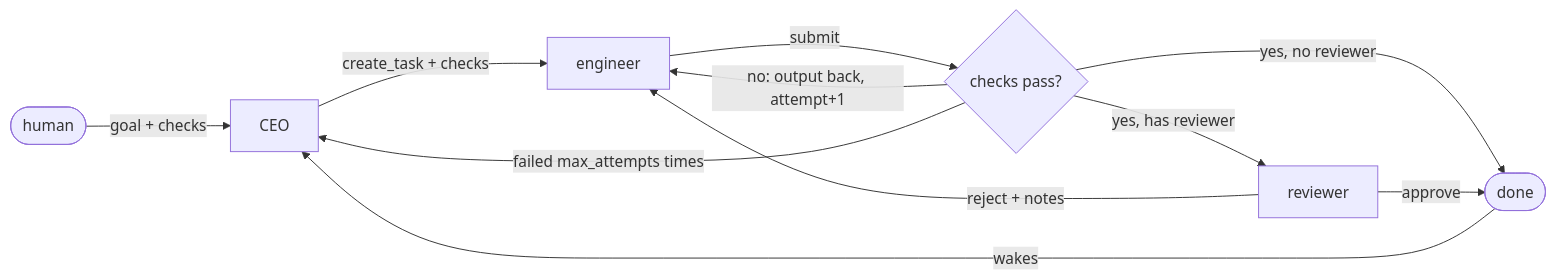
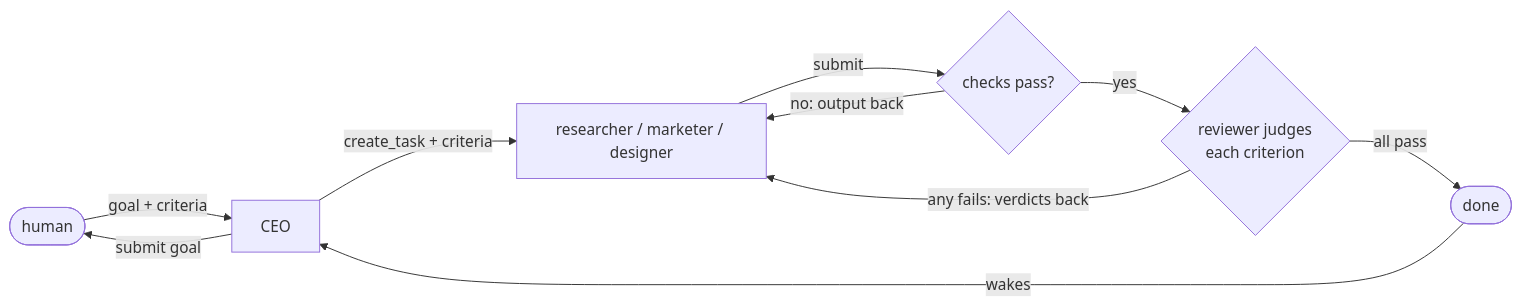
The diagram in README.md (ThePeeps191/claudes-project), drawn with Mermaid before and after one commit. The commit also changed other lines of this file and 18 other files, not shown here.

````diff
--- a/README.md
+++ b/README.md
@@ -78,13 +109,12 @@
 ```mermaid
 flowchart LR
-    H([human]) -- goal + checks --> CEO
-    CEO -- create_task + checks --> ENG[engineer]
-    ENG -- submit --> C{checks pass?}
-    C -- no: output back, attempt+1 --> ENG
-    C -- "yes, has reviewer" --> REV[reviewer]
-    C -- "yes, no reviewer" --> D([done])
-    REV -- reject + notes --> ENG
-    REV -- approve --> D
+    H([human]) -- "goal + criteria" --> CEO
+    CEO -- "create_task + criteria" --> W[researcher / marketer / designer]
+    W -- submit --> C{checks pass?}
+    C -- "no: output back" --> W
+    C -- yes --> REV{"reviewer judges<br/>each criterion"}
+    REV -- "any fails: verdicts back" --> W
+    REV -- all pass --> D([done])
     D -- wakes --> CEO
-    C -- "failed max_attempts times" --> CEO
+    CEO -- "submit goal" --> H
 ```
````
